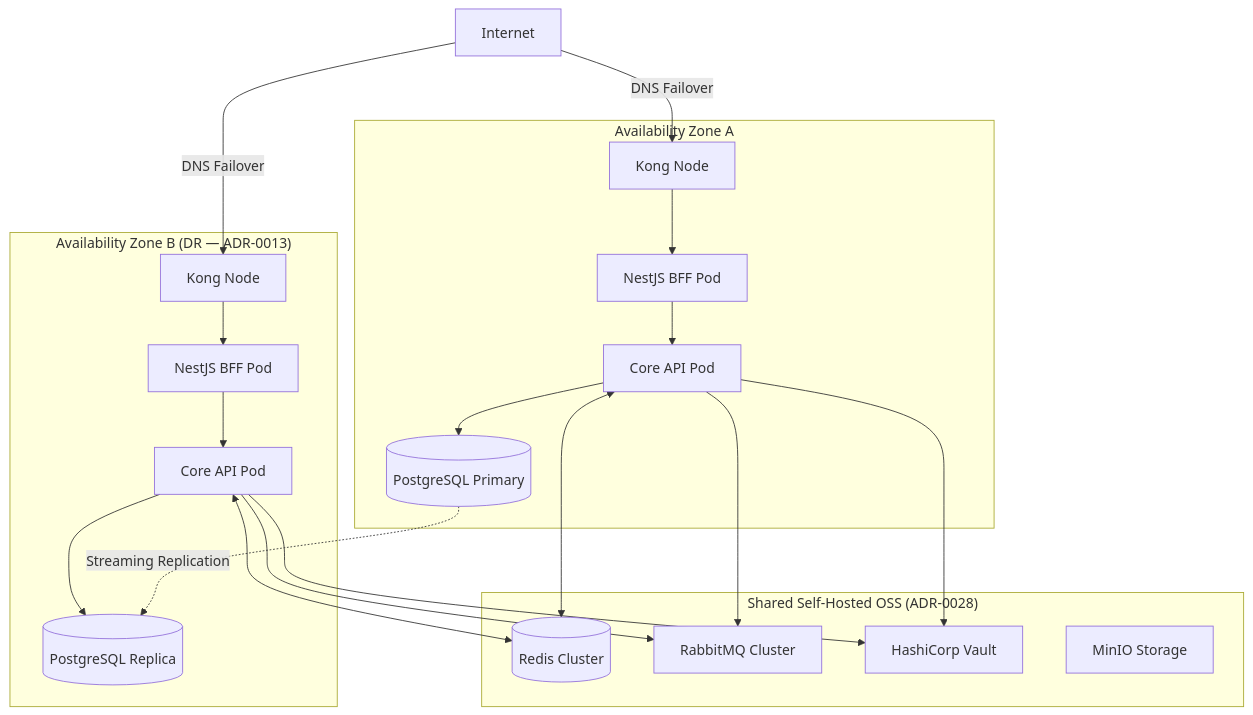
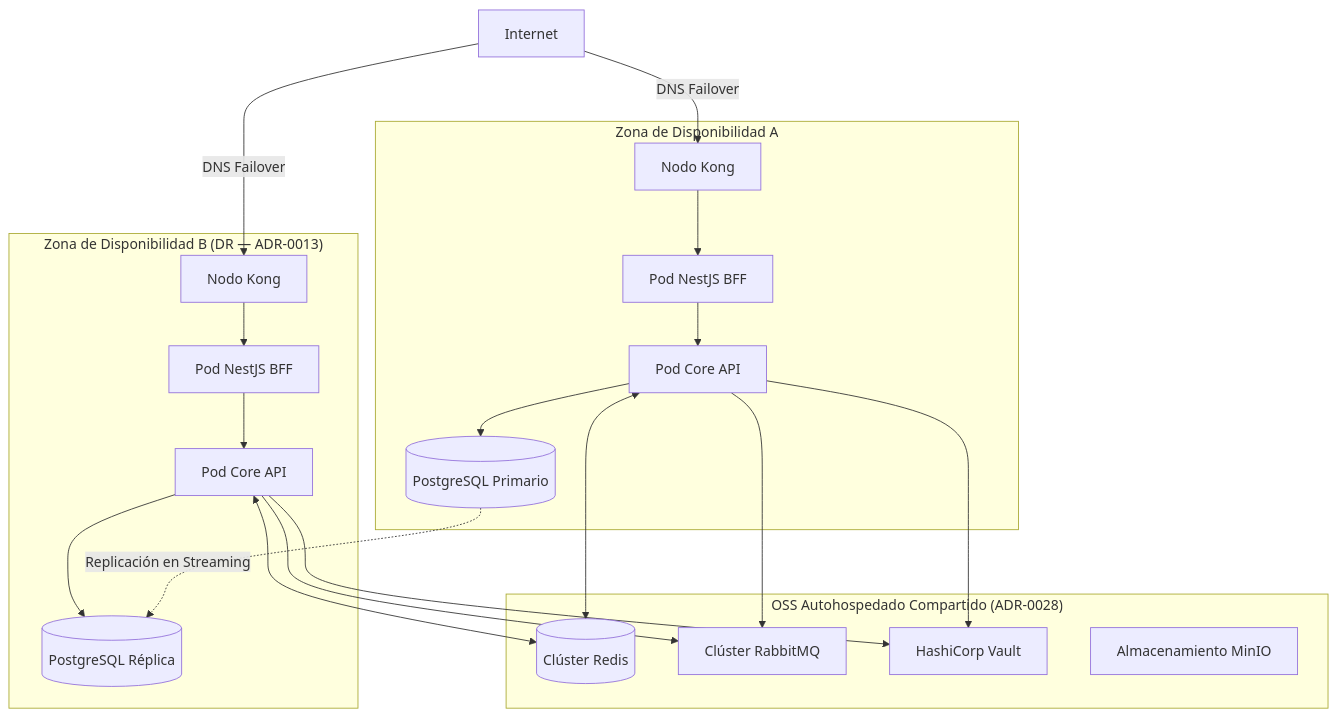
Before and after one commit to beyondnetcode/arc32_progresive_monolith: the sixth of 6 diagrams in arc-corporate-ws/corporate-standards-es/01-architecture/reference-blueprint.md, drawn with Mermaid. The commit also changed other lines of this file and 89 other files, not shown here.

````diff
--- a/arc-corporate-ws/corporate-standards-es/01-architecture/reference-blueprint.md
+++ b/arc-corporate-ws/corporate-standards-es/01-architecture/reference-blueprint.md
@@ -340,31 +340,31 @@
 ```mermaid
 graph TD
-    subgraph CloudZoneA["Availability Zone A"]
-        KongA["Kong Node"]
-        BFFA["NestJS BFF Pod"]
-        APIA["Core API Pod"]
-        PgPrimary[("PostgreSQL Primary")]
+    subgraph CloudZoneA["Zona de Disponibilidad A"]
+        KongA["Nodo Kong"]
+        BFFA["Pod NestJS BFF"]
+        APIA["Pod Core API"]
+        PgPrimary[("PostgreSQL Primario")]
     end
 
-    subgraph CloudZoneB["Availability Zone B (DR — ADR-0013)"]
-        KongB["Kong Node"]
-        BFFB["NestJS BFF Pod"]
-        APIB["Core API Pod"]
-        PgReplica[("PostgreSQL Replica")]
+    subgraph CloudZoneB["Zona de Disponibilidad B (DR — ADR-0013)"]
+        KongB["Nodo Kong"]
+        BFFB["Pod NestJS BFF"]
+        APIB["Pod Core API"]
+        PgReplica[("PostgreSQL Réplica")]
     end
 
-    subgraph SharedInfra["Shared Self-Hosted OSS (ADR-0028)"]
-        Redis[("Redis Cluster")]
-        RabbitMQ["RabbitMQ Cluster"]
+    subgraph SharedInfra["OSS Autohospedado Compartido (ADR-0028)"]
+        Redis[("Clúster Redis")]
+        RabbitMQ["Clúster RabbitMQ"]
         Vault["HashiCorp Vault"]
-        MinIO["MinIO Storage"]
+        MinIO["Almacenamiento MinIO"]
     end
 
     Internet -->|DNS Failover| KongA & KongB
     KongA --> BFFA --> APIA --> PgPrimary
     KongB --> BFFB --> APIB --> PgReplica
-    PgPrimary -.->|Streaming Replication| PgReplica
+    PgPrimary -.->|Replicación en Streaming| PgReplica
     APIA & APIB <--> Redis
     APIA & APIB --> RabbitMQ
     APIA & APIB --> Vault
 ```
````
